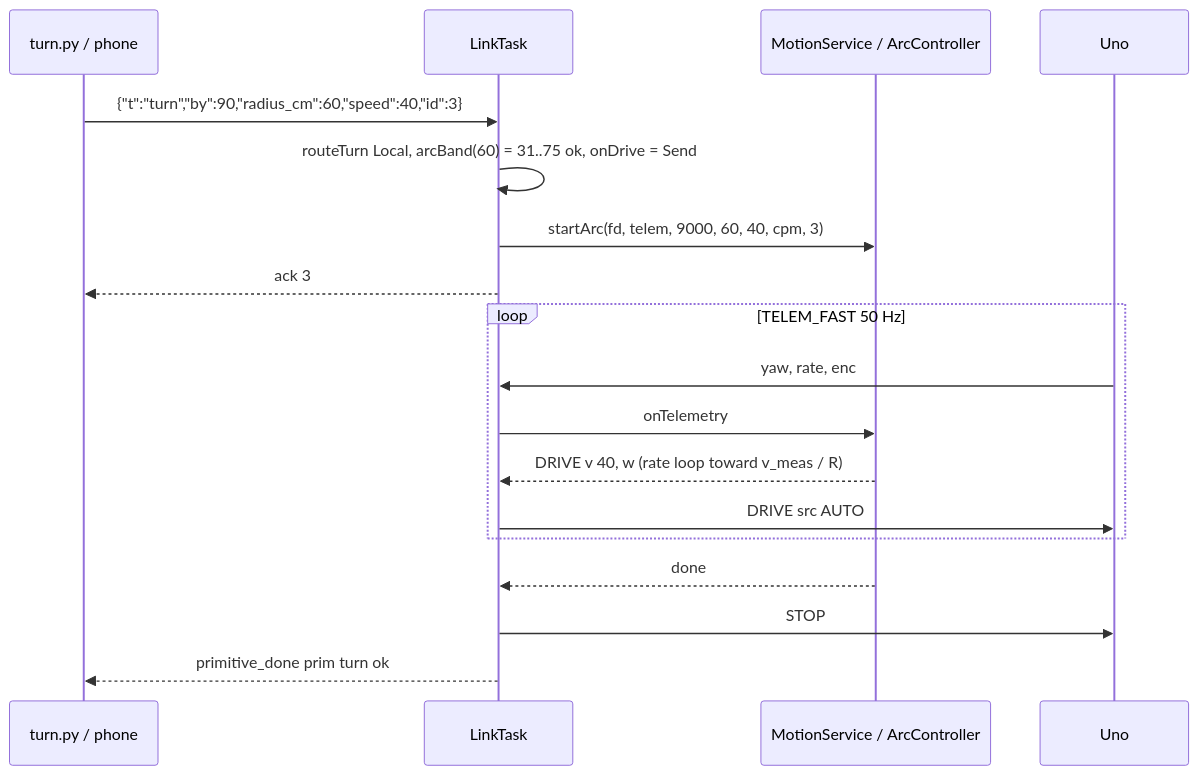
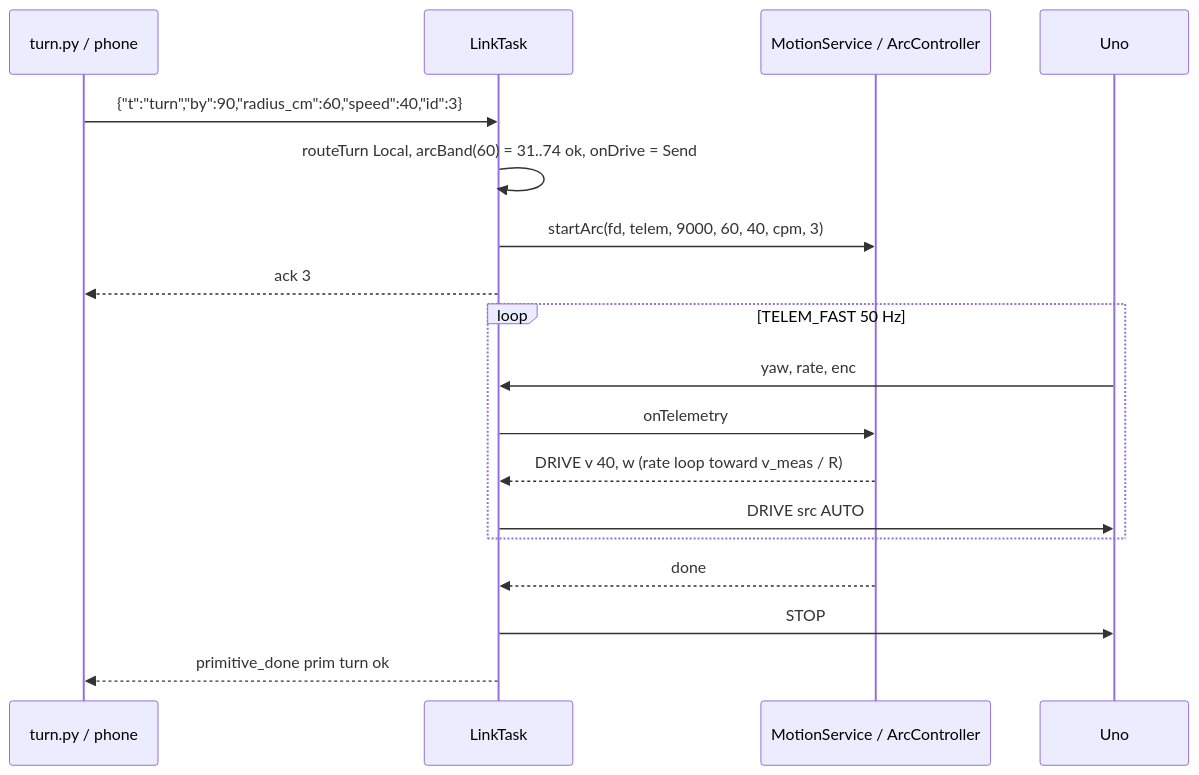
Before and after one commit to mannuray/conqueror: diagram 34 of 34 in docs/lld/esp32-bridge-lld.md, drawn with Mermaid. The commit also changed 3 other files, not shown here.

Commit message:
docs: Plan L implementation plan (arcs, pivots, minimum drive_rate); spec H3 band rounded inward

````diff
--- a/docs/lld/esp32-bridge-lld.md
+++ b/docs/lld/esp32-bridge-lld.md
@@ -1375,20 +1375,20 @@
 ```mermaid
 sequenceDiagram
   participant C as turn.py / phone
   participant L as LinkTask
   participant S as MotionService / ArcController
   participant U as Uno
   C->>L: {"t":"turn","by":90,"radius_cm":60,"speed":40,"id":3}
-  L->>L: routeTurn Local, arcBand(60) = 31..75 ok, onDrive = Send
+  L->>L: routeTurn Local, arcBand(60) = 31..74 ok, onDrive = Send
   L->>S: startArc(fd, telem, 9000, 60, 40, cpm, 3)
   L-->>C: ack 3
   loop TELEM_FAST 50 Hz
     U->>L: yaw, rate, enc
     L->>S: onTelemetry
     S-->>L: DRIVE v 40, w (rate loop toward v_meas / R)
     L->>U: DRIVE src AUTO
   end
   S-->>L: done
   L->>U: STOP
   L-->>C: primitive_done prim turn ok
 ```
````
